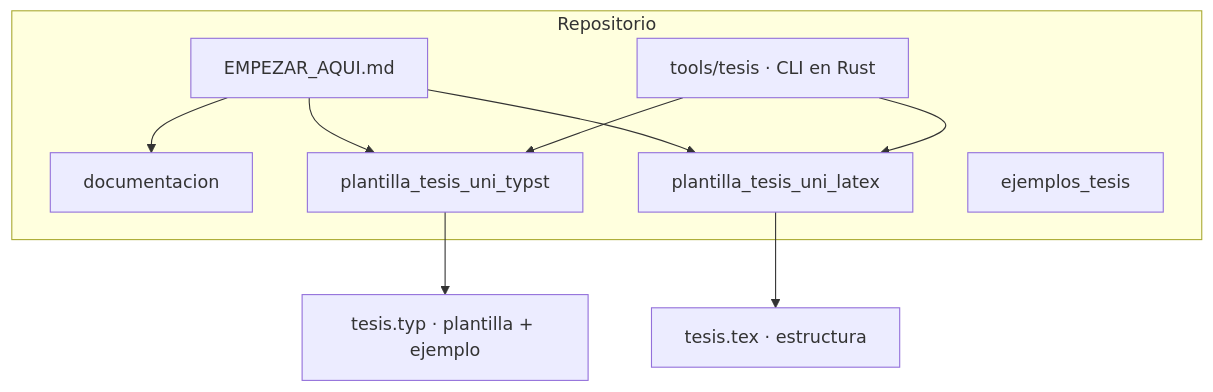
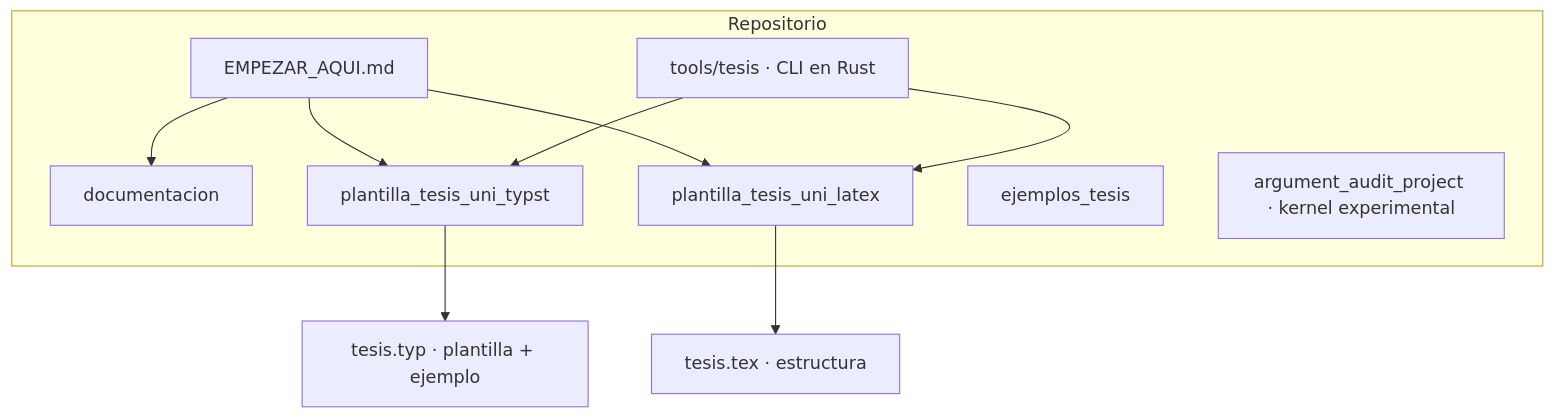
The diagram in README.md (jelincovil/grupo_estudio_inferencia_causal_uni_peru), drawn with Mermaid before and after one commit. The commit also changed other lines of this file and 1 other file, not shown here.

First line of the commit message:
docs: argument-audit en README (tabla, seccion dedicada, mermaid) y CHANGELOG

````diff
--- a/README.md
+++ b/README.md
@@ -96,18 +105,19 @@
 ```mermaid
 flowchart TB
   subgraph repo["Repositorio"]
     G[EMPEZAR_AQUI.md]
     Doc[documentacion]
     T[plantilla_tesis_uni_typst]
     L[plantilla_tesis_uni_latex]
     E[ejemplos_tesis]
     CLI[tools/tesis · CLI en Rust]
+    AA[argument_audit_project · kernel experimental]
   end
   G --> Doc
   G --> T
   G --> L
   T --> T1[tesis.typ · plantilla + ejemplo]
   L --> L1[tesis.tex · estructura]
   CLI --> T
   CLI --> L
 ```
````
